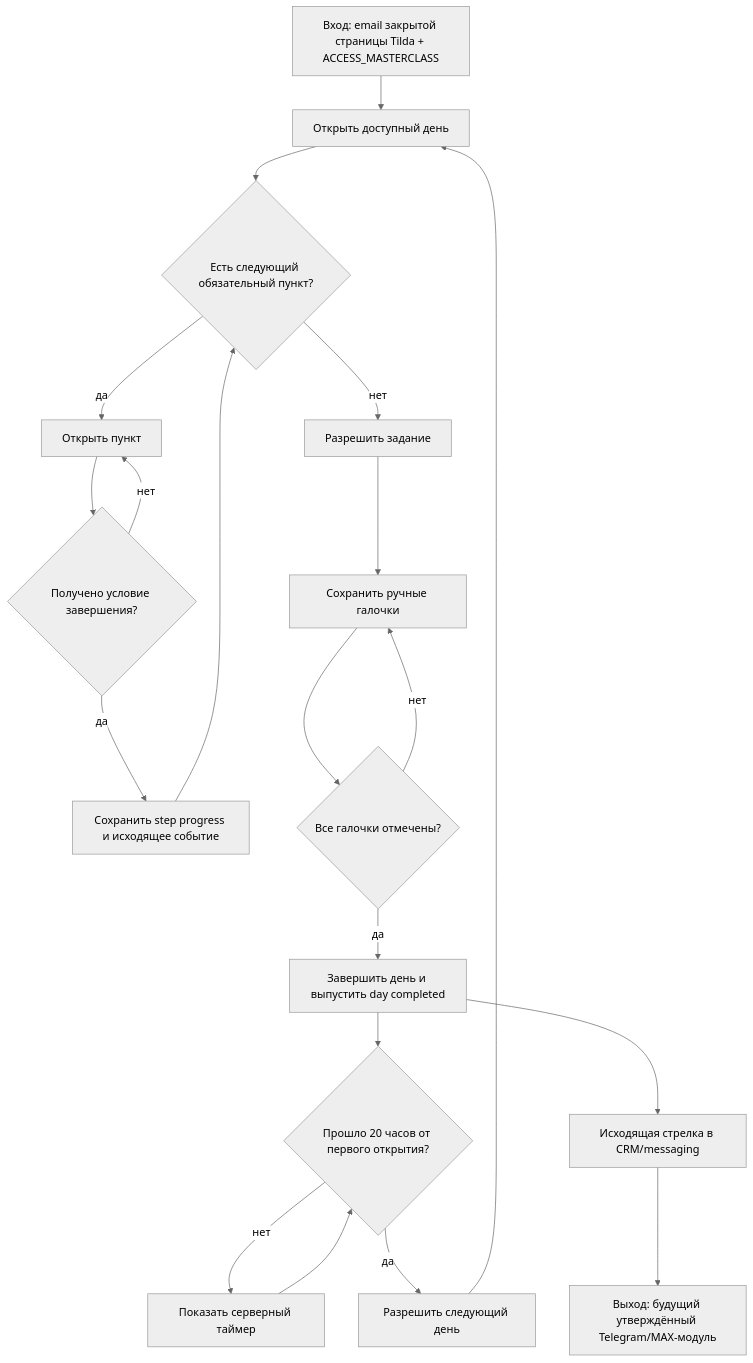
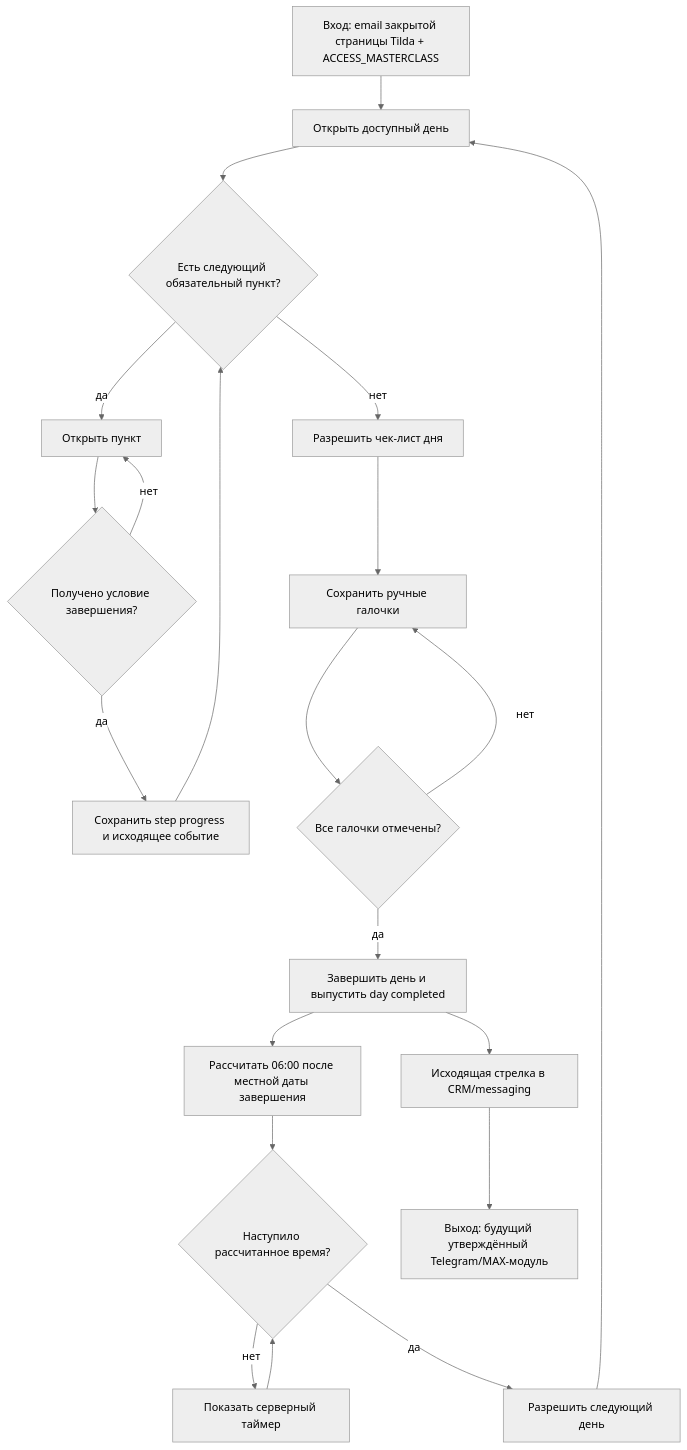
Before and after one commit to armagedongt/edabalans.ru: the diagram in docs/knowledge-base/modules/masterclass/COURSE_RUNTIME.md, drawn with Mermaid (neutral theme). The commit also changed other lines of this file and 12 other files, not shown here.

````diff
--- a/docs/knowledge-base/modules/masterclass/COURSE_RUNTIME.md
+++ b/docs/knowledge-base/modules/masterclass/COURSE_RUNTIME.md
@@ -126,22 +129,23 @@
 ```mermaid
 flowchart TD
     A[Вход: email закрытой страницы Tilda + ACCESS_MASTERCLASS] --> B[Открыть доступный день]
     B --> C{Есть следующий обязательный пункт?}
     C -- да --> D[Открыть пункт]
     D --> E{Получено условие завершения?}
     E -- нет --> D
     E -- да --> F[Сохранить step progress и исходящее событие]
     F --> C
-    C -- нет --> G[Разрешить задание]
+    C -- нет --> G[Разрешить чек-лист дня]
     G --> H[Сохранить ручные галочки]
     H --> I{Все галочки отмечены?}
     I -- нет --> H
     I -- да --> J[Завершить день и выпустить day completed]
-    J --> K{Прошло 20 часов от первого открытия?}
-    K -- нет --> L[Показать серверный таймер]
-    L --> K
-    K -- да --> M[Разрешить следующий день]
+    J --> K[Рассчитать 06:00 после местной даты завершения]
+    K --> L{Наступило рассчитанное время?}
+    L -- нет --> P[Показать серверный таймер]
+    P --> L
+    L -- да --> M[Разрешить следующий день]
     M --> B
     J --> N[Исходящая стрелка в CRM/messaging]
     N --> O[Выход: будущий утверждённый Telegram/MAX-модуль]
 ```
````
